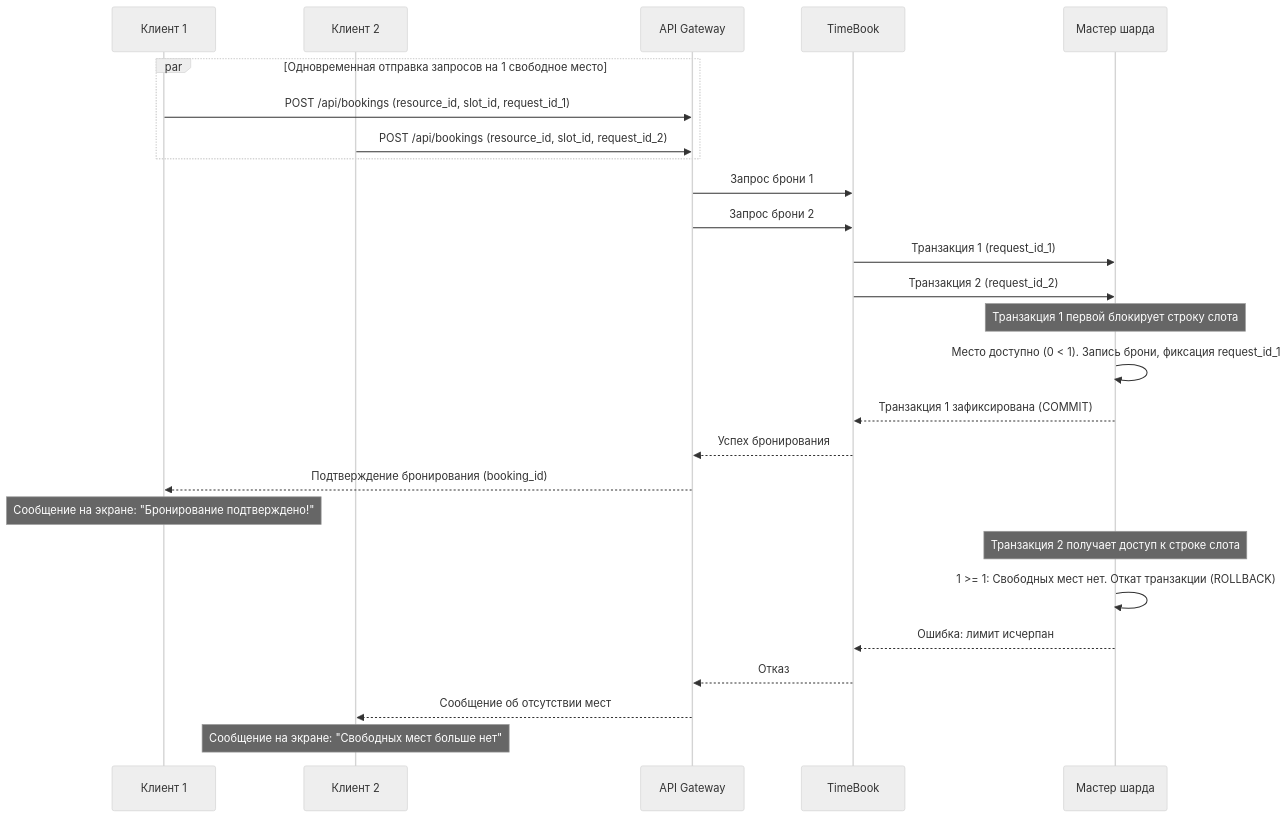
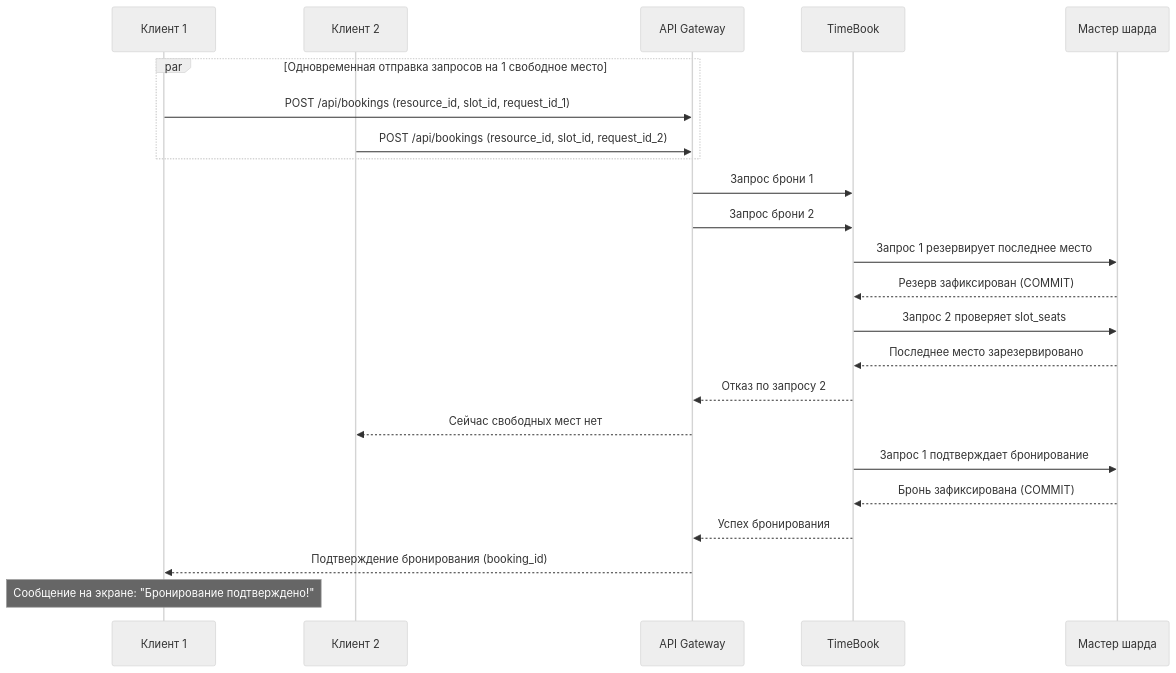
Before and after one commit to spbu-ds-practicum-2026/4positions: the fifth of 7 diagrams in docs/tr.md, drawn with Mermaid (neutral theme). The commit also changed other lines of this file, not shown here.

````diff
--- a/docs/tr.md
+++ b/docs/tr.md
@@ -295,29 +295,26 @@
 ```mermaid
 sequenceDiagram
   participant ClientA as Клиент 1
   participant ClientB as Клиент 2
   participant APIGateway as API Gateway
   participant TimeBook as TimeBook
   participant Master as Мастер шарда
 
   par Одновременная отправка запросов на 1 свободное место
     ClientA->>APIGateway: POST /api/bookings (resource_id, slot_id, request_id_1)
     ClientB->>APIGateway: POST /api/bookings (resource_id, slot_id, request_id_2)
   end
   APIGateway->>TimeBook: Запрос брони 1
   APIGateway->>TimeBook: Запрос брони 2
-  TimeBook->>Master: Транзакция 1 (request_id_1)
-  TimeBook->>Master: Транзакция 2 (request_id_2)
-  Note over Master: Транзакция 1 первой блокирует строку слота
-  Master->>Master: Место доступно (0 < 1). Запись брони, фиксация request_id_1
-  Master-->>TimeBook: Транзакция 1 зафиксирована (COMMIT)
+  TimeBook->>Master: Запрос 1 резервирует последнее место
+  Master-->>TimeBook: Резерв зафиксирован (COMMIT)
+  TimeBook->>Master: Запрос 2 проверяет slot_seats
+  Master-->>TimeBook: Последнее место зарезервировано
+  TimeBook-->>APIGateway: Отказ по запросу 2
+  APIGateway-->>ClientB: Сейчас свободных мест нет
+  TimeBook->>Master: Запрос 1 подтверждает бронирование
+  Master-->>TimeBook: Бронь зафиксирована (COMMIT)
   TimeBook-->>APIGateway: Успех бронирования
   APIGateway-->>ClientA: Подтверждение бронирования (booking_id)
   Note over ClientA: Сообщение на экране: "Бронирование подтверждено!"
-  Note over Master: Транзакция 2 получает доступ к строке слота
-  Master->>Master: 1 >= 1: Свободных мест нет. Откат транзакции (ROLLBACK)
-  Master-->>TimeBook: Ошибка: лимит исчерпан
-  TimeBook-->>APIGateway: Отказ
-  APIGateway-->>ClientB: Сообщение об отсутствии мест
-  Note over ClientB: Сообщение на экране: "Свободных мест больше нет"
 ```
````
